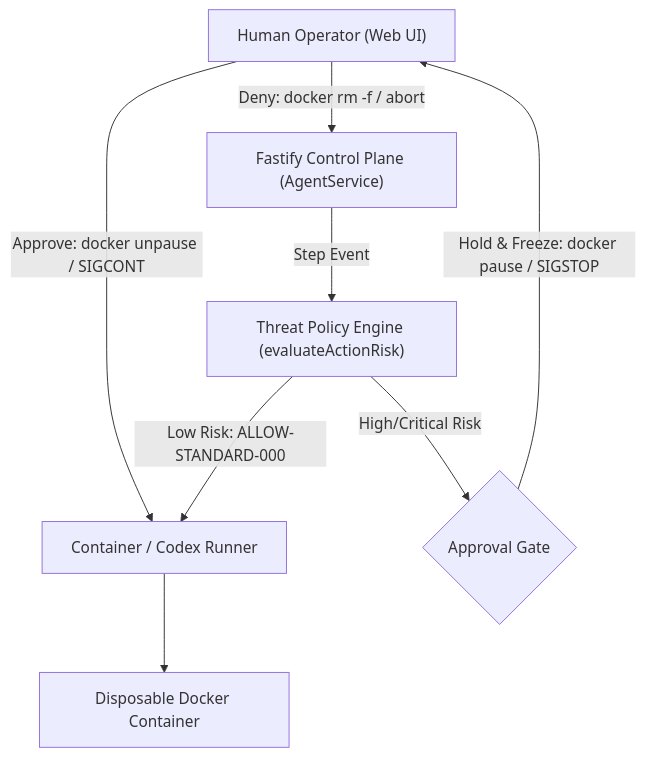
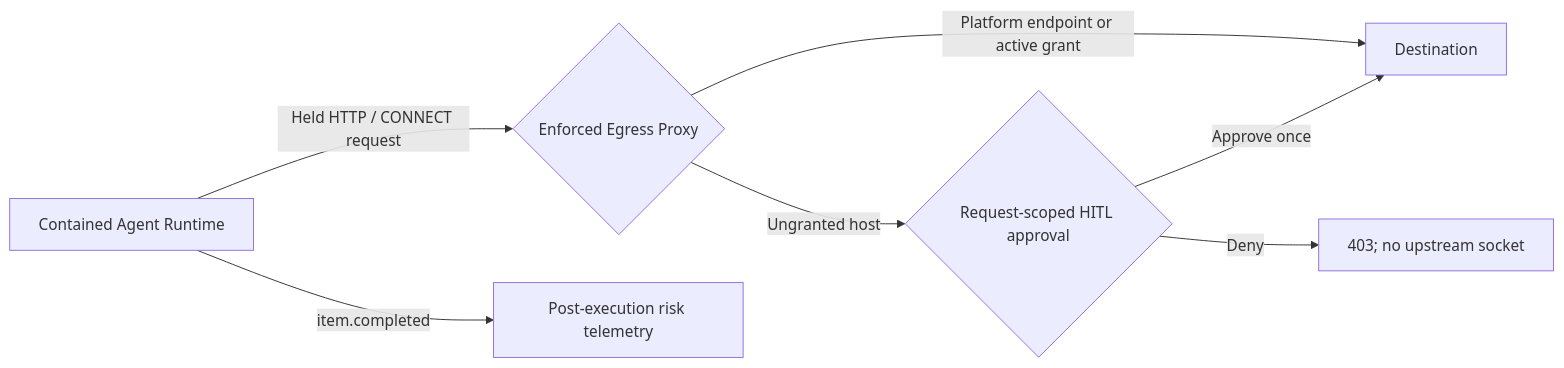
The first of 2 diagrams in README.md (Tuxedolphin/TikTok-TechJam-2026), drawn with Mermaid before and after one commit. The commit also changed other lines of this file and 10 other files, not shown here.

Commit message:
Gate egress before external side effects

````diff
--- a/README.md
+++ b/README.md
@@ -245,16 +248,9 @@
 ```mermaid
-flowchart TD
-    Operator["Human Operator (Web UI)"]
-    API["Fastify Control Plane (AgentService)"]
-    Policy["Threat Policy Engine (evaluateActionRisk)"]
-    Runner["Container / Codex Runner"]
-    Sandbox["Disposable Docker Container"]
-
-    API -->|Step Event| Policy
-    Policy -->|Low Risk: ALLOW-STANDARD-000| Runner
-    Policy -->|High/Critical Risk| Gate{"Approval Gate"}
-    Gate -->|Hold & Freeze: docker pause / SIGSTOP| Operator
-    Operator -->|Approve: docker unpause / SIGCONT| Runner
-    Operator -->|Deny: docker rm -f / abort| API
-    Runner --> Sandbox
+flowchart LR
+    Runtime["Contained Agent Runtime"] -->|Held HTTP / CONNECT request| Proxy{"Enforced Egress Proxy"}
+    Proxy -->|Platform endpoint or active grant| Destination["Destination"]
+    Proxy -->|Ungranted host| Gate{"Request-scoped HITL approval"}
+    Gate -->|Approve once| Destination
+    Gate -->|Deny| Block["403; no upstream socket"]
+    Runtime -->|item.completed| Telemetry["Post-execution risk telemetry"]
 ```
````
